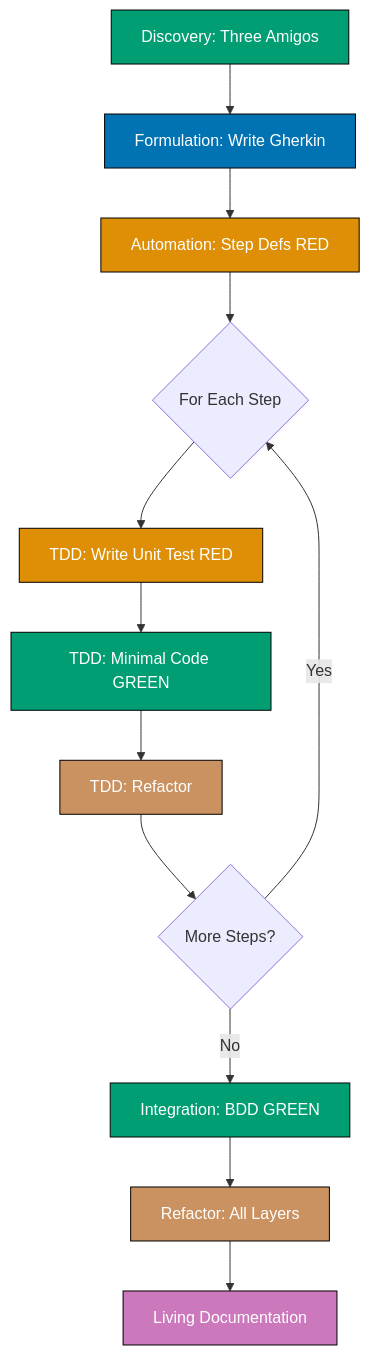
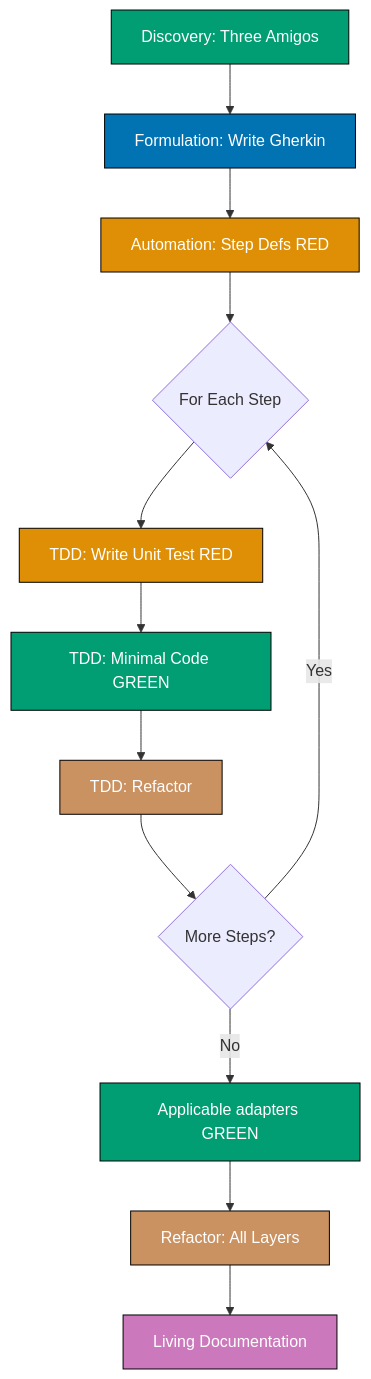
Before and after one commit to wahidyankf/open-sharia-fintech: the second of 2 diagrams in docs/explanation/software-engineering/development/README.md, drawn with Mermaid. The commit also changed other lines of this file and 2403 other files, not shown here.

````diff
--- a/docs/explanation/software-engineering/development/README.md
+++ b/docs/explanation/software-engineering/development/README.md
@@ -143,26 +145,26 @@
 ```mermaid
 graph TD
     A[Discovery: Three Amigos] --> B[Formulation: Write Gherkin]
     B --> C[Automation: Step Defs RED]
     C --> D{For Each Step}
 
     D --> E[TDD: Write Unit Test RED]
     E --> F[TDD: Minimal Code GREEN]
     F --> G[TDD: Refactor]
     G --> H{More Steps?}
 
     H -->|Yes| D
-    H -->|No| I[Integration: BDD GREEN]
+    H -->|No| I[Applicable adapters GREEN]
     I --> J[Refactor: All Layers]
     J --> K[Living Documentation]
 
     style A fill:#029E73,stroke:#000000,color:#FFFFFF
     style B fill:#0173B2,stroke:#000000,color:#FFFFFF
     style C fill:#DE8F05,stroke:#000000,color:#FFFFFF
     style E fill:#DE8F05,stroke:#000000,color:#FFFFFF
     style F fill:#029E73,stroke:#000000,color:#FFFFFF
     style G fill:#CA9161,stroke:#000000,color:#FFFFFF
     style I fill:#029E73,stroke:#000000,color:#FFFFFF
     style J fill:#CA9161,stroke:#000000,color:#FFFFFF
     style K fill:#CC78BC,stroke:#000000,color:#FFFFFF
 ```
````
